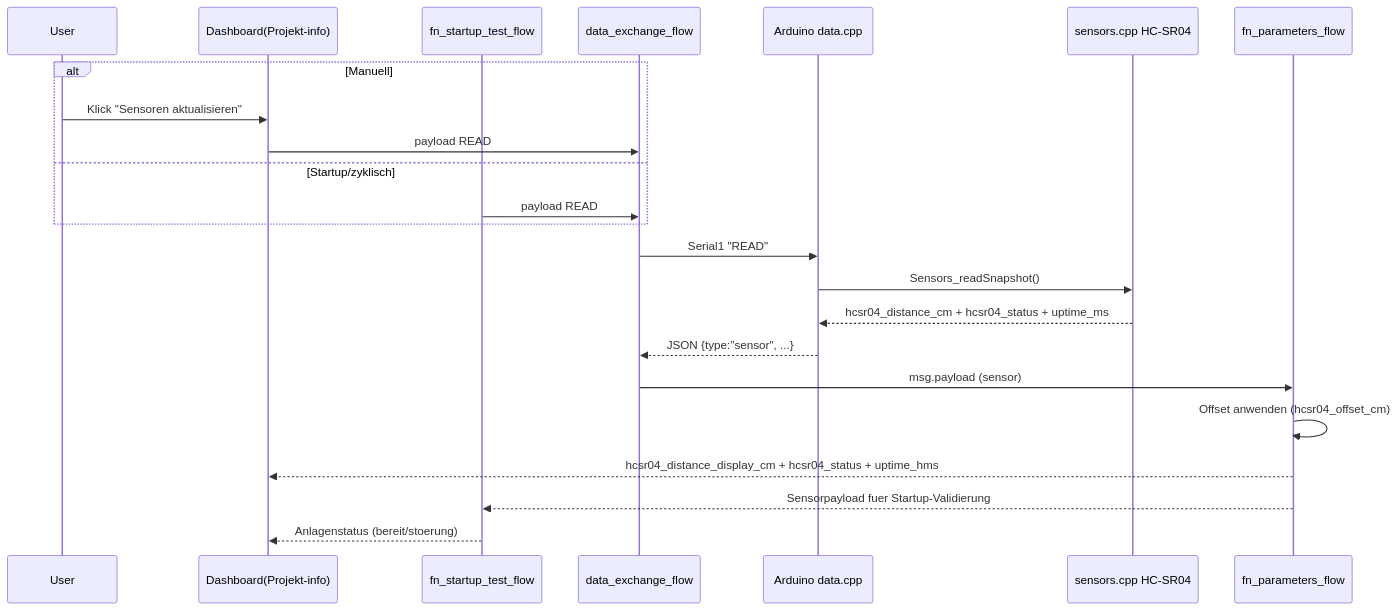
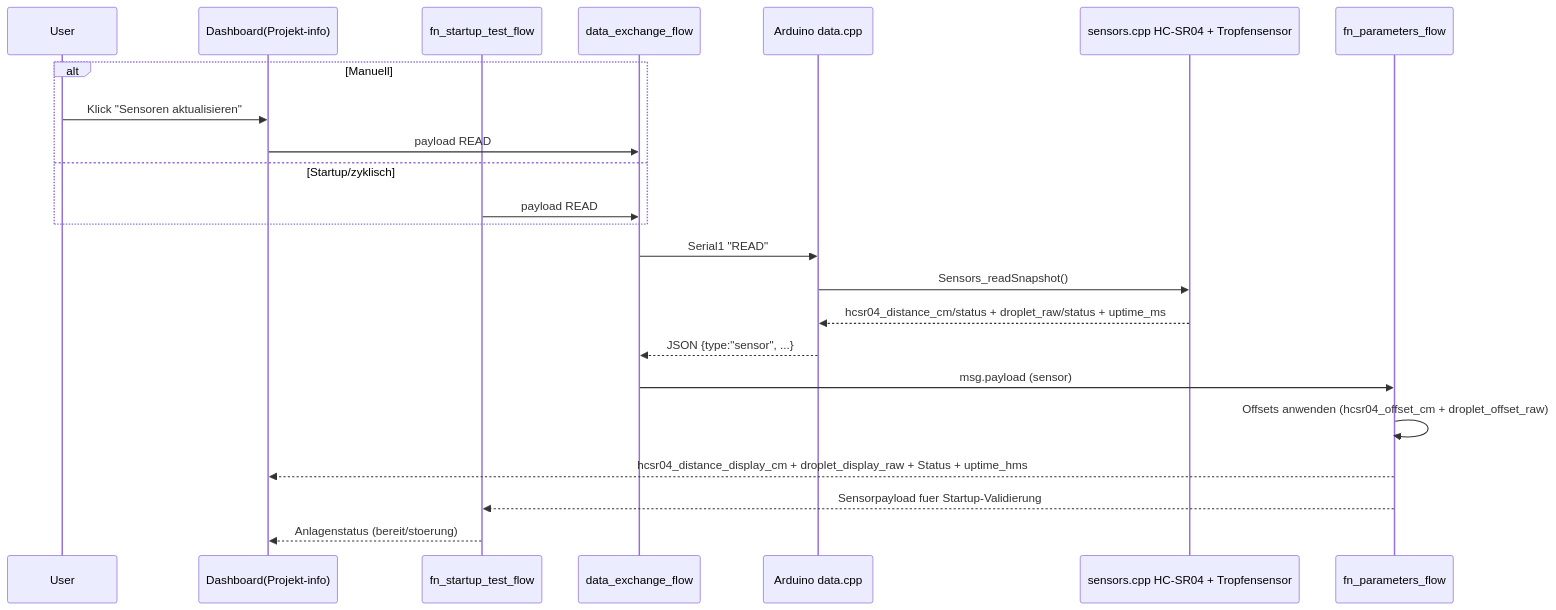
Before and after one commit to HerrnDK/Projekt: the fourth of 12 diagrams in nodered/flows/FLOW_ARCHITEKTUR_PLAN.md, drawn with Mermaid. The commit also changed other lines of this file and 11 other files, not shown here.

````diff
--- a/nodered/flows/FLOW_ARCHITEKTUR_PLAN.md
+++ b/nodered/flows/FLOW_ARCHITEKTUR_PLAN.md
@@ -100,27 +100,27 @@
 ```mermaid
 sequenceDiagram
   participant U as User
   participant D as Dashboard(Projekt-info)
   participant ST as fn_startup_test_flow
   participant X as data_exchange_flow
   participant A as Arduino data.cpp
-  participant S as sensors.cpp HC-SR04
+  participant S as sensors.cpp HC-SR04 + Tropfensensor
   participant P as fn_parameters_flow
 
   alt Manuell
     U->>D: Klick "Sensoren aktualisieren"
     D->>X: payload READ
   else Startup/zyklisch
     ST->>X: payload READ
   end
 
   X->>A: Serial1 "READ"
   A->>S: Sensors_readSnapshot()
-  S-->>A: hcsr04_distance_cm + hcsr04_status + uptime_ms
+  S-->>A: hcsr04_distance_cm/status + droplet_raw/status + uptime_ms
   A-->>X: JSON {type:"sensor", ...}
   X->>P: msg.payload (sensor)
-  P->>P: Offset anwenden (hcsr04_offset_cm)
-  P-->>D: hcsr04_distance_display_cm + hcsr04_status + uptime_hms
+  P->>P: Offsets anwenden (hcsr04_offset_cm + droplet_offset_raw)
+  P-->>D: hcsr04_distance_display_cm + droplet_display_raw + Status + uptime_hms
   P-->>ST: Sensorpayload fuer Startup-Validierung
   ST-->>D: Anlagenstatus (bereit/stoerung)
 ```
````
